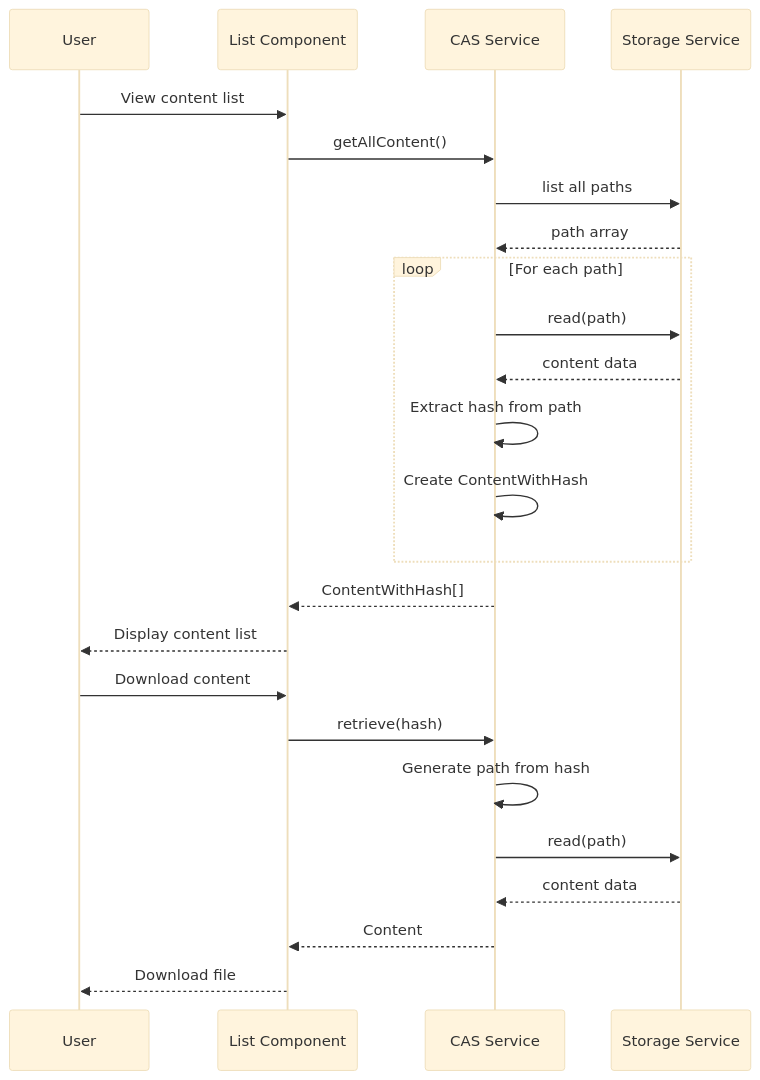
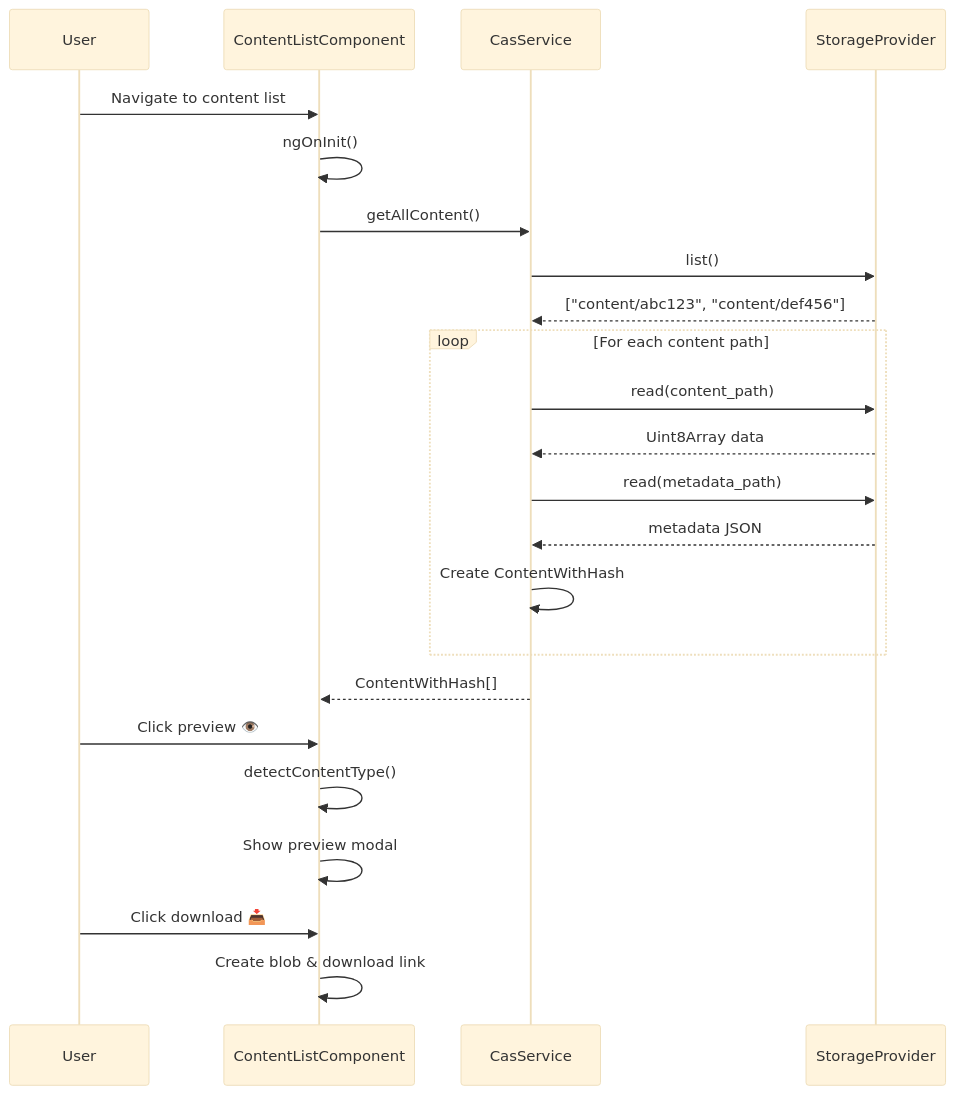
One commit to o2alexanderfedin/angular-cas-disot changed the third of 11 diagrams in docs/architecture/data-flow.md. Above: the diagram before and after it, drawn with Mermaid (base theme). The commit also changed other lines of this file and 18 other files, not shown here.

````diff
--- a/docs/architecture/data-flow.md
+++ b/docs/architecture/data-flow.md
@@ -82,30 +88,31 @@
 ```mermaid
 sequenceDiagram
-    participant U as User
-    participant UI as List Component
-    participant CAS as CAS Service
-    participant STOR as Storage Service
+    participant User
+    participant ContentListComponent 
+    participant CasService
+    participant StorageProvider
     
-    U->>UI: View content list
-    UI->>CAS: getAllContent()
-    CAS->>STOR: list all paths
-    STOR-->>CAS: path array
+    User->>ContentListComponent: Navigate to content list
+    ContentListComponent->>ContentListComponent: ngOnInit()
+    ContentListComponent->>CasService: getAllContent()
     
-    loop For each path
-        CAS->>STOR: read(path)
-        STOR-->>CAS: content data
-        CAS->>CAS: Extract hash from path
-        CAS->>CAS: Create ContentWithHash
+    CasService->>StorageProvider: list()
+    StorageProvider-->>CasService: ["content/abc123", "content/def456"]
+    
+    loop For each content path
+        CasService->>StorageProvider: read(content_path)
+        StorageProvider-->>CasService: Uint8Array data
+        CasService->>StorageProvider: read(metadata_path)
+        StorageProvider-->>CasService: metadata JSON
+        CasService->>CasService: Create ContentWithHash
     end
     
-    CAS-->>UI: ContentWithHash[]
-    UI-->>U: Display content list
+    CasService-->>ContentListComponent: ContentWithHash[]
     
-    U->>UI: Download content
-    UI->>CAS: retrieve(hash)
-    CAS->>CAS: Generate path from hash
-    CAS->>STOR: read(path)
-    STOR-->>CAS: content data
-    CAS-->>UI: Content
-    UI-->>U: Download file
+    User->>ContentListComponent: Click preview 👁️
+    ContentListComponent->>ContentListComponent: detectContentType()
+    ContentListComponent->>ContentListComponent: Show preview modal
+    
+    User->>ContentListComponent: Click download 📥
+    ContentListComponent->>ContentListComponent: Create blob & download link
 ```
````
